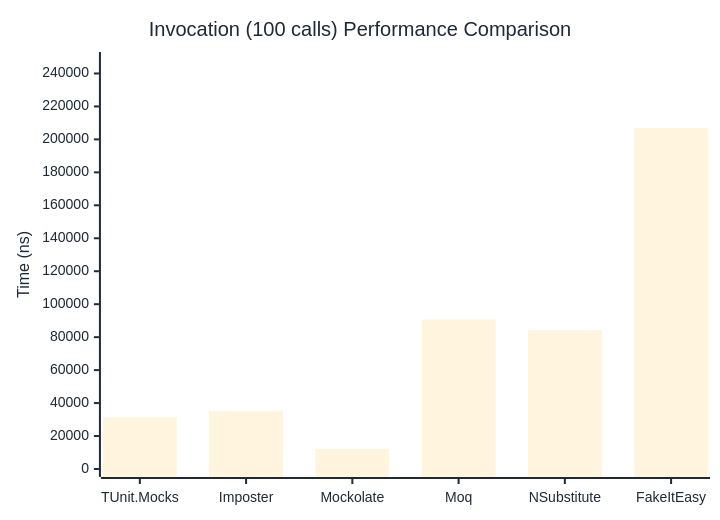
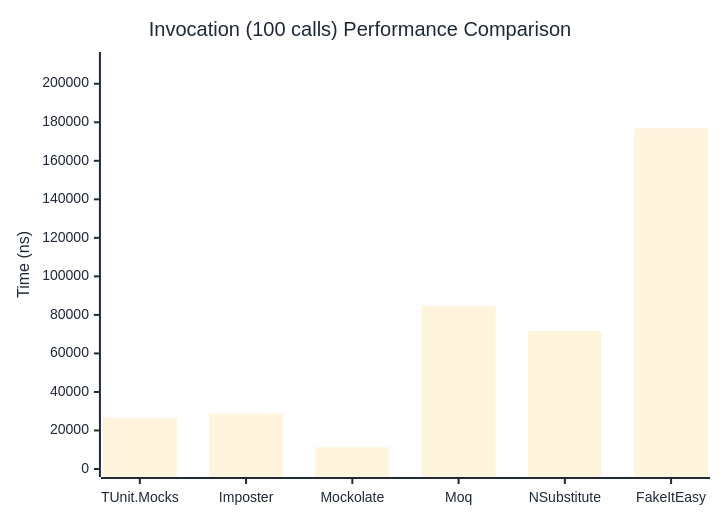
Before and after one commit to thomhurst/TUnit: the third of 3 diagrams in docs/docs/benchmarks/mocks/Invocation.md, drawn with Mermaid. The commit also changed other lines of this file and 14 other files, not shown here.

````diff
--- a/docs/docs/benchmarks/mocks/Invocation.md
+++ b/docs/docs/benchmarks/mocks/Invocation.md
@@ -110,27 +110,27 @@
 ```mermaid
 %%{init: {
   'theme':'base',
   'themeVariables': {
     'primaryColor': '#2563eb',
     'primaryTextColor': '#1f2937',
     'primaryBorderColor': '#1e40af',
     'lineColor': '#6b7280',
     'secondaryColor': '#7c3aed',
     'tertiaryColor': '#dc2626',
     'background': '#ffffff',
     'pie1': '#2563eb',
     'pie2': '#7c3aed',
     'pie3': '#dc2626',
     'pie4': '#f59e0b',
     'pie5': '#10b981',
     'pie6': '#06b6d4',
     'pie7': '#ec4899',
     'pie8': '#6366f1'
   }
 }}%%
 xychart-beta
   title "Invocation (100 calls) Performance Comparison"
   x-axis ["TUnit.Mocks", "Imposter", "Mockolate", "Moq", "NSubstitute", "FakeItEasy"]
-  y-axis "Time (ns)" 0 --> 248175
-  bar [31346.8, 35257.4, 12206.7, 90695.6, 84177.4, 206812.3]
+  y-axis "Time (ns)" 0 --> 212334
+  bar [26678.6, 28757.4, 11308.8, 84864, 71655.5, 176945]
 ```
````
